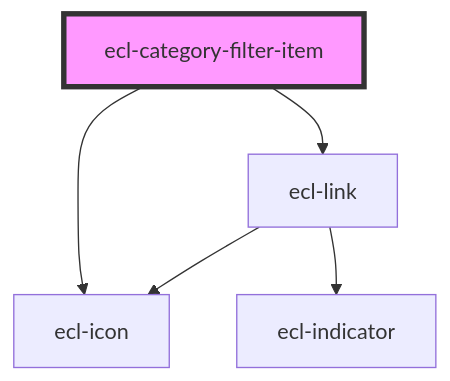
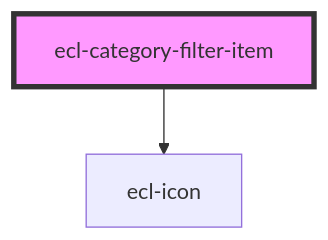
One commit to ec-europa/ecl-webcomponents changed the diagram in src/components/ecl-category-filter/readme.md. Above: the diagram before and after it, drawn with Mermaid. The commit also changed other lines of this file and 3 other files, not shown here.

Commit message:
chore(5.4.0): Using simple anchors in category filter

````diff
--- a/src/components/ecl-category-filter/readme.md
+++ b/src/components/ecl-category-filter/readme.md
@@ -37,8 +36,5 @@
 ```mermaid
 graph TD;
-  ecl-category-filter-item --> ecl-link
   ecl-category-filter-item --> ecl-icon
-  ecl-link --> ecl-icon
-  ecl-link --> ecl-indicator
   style ecl-category-filter-item fill:#f9f,stroke:#333,stroke-width:4px
 ```
````
